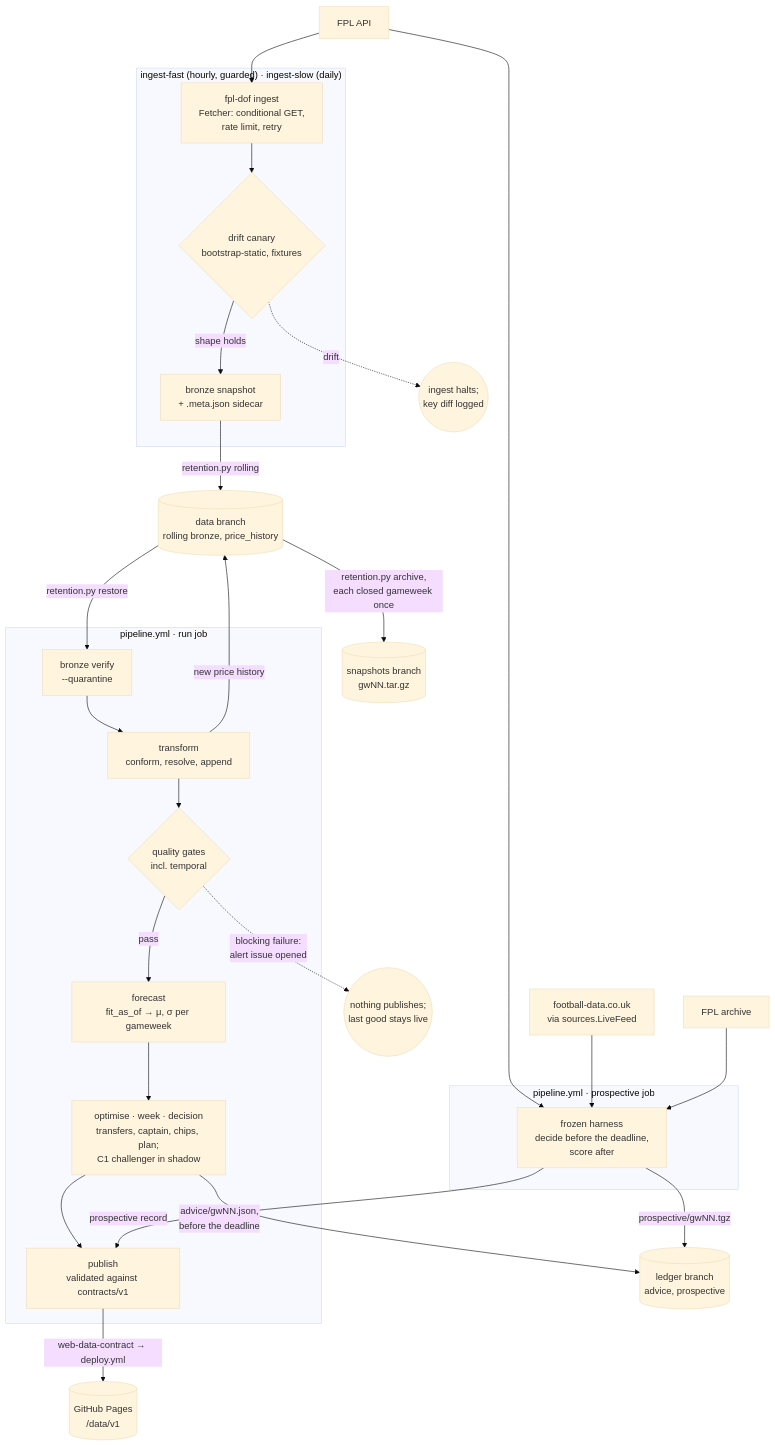
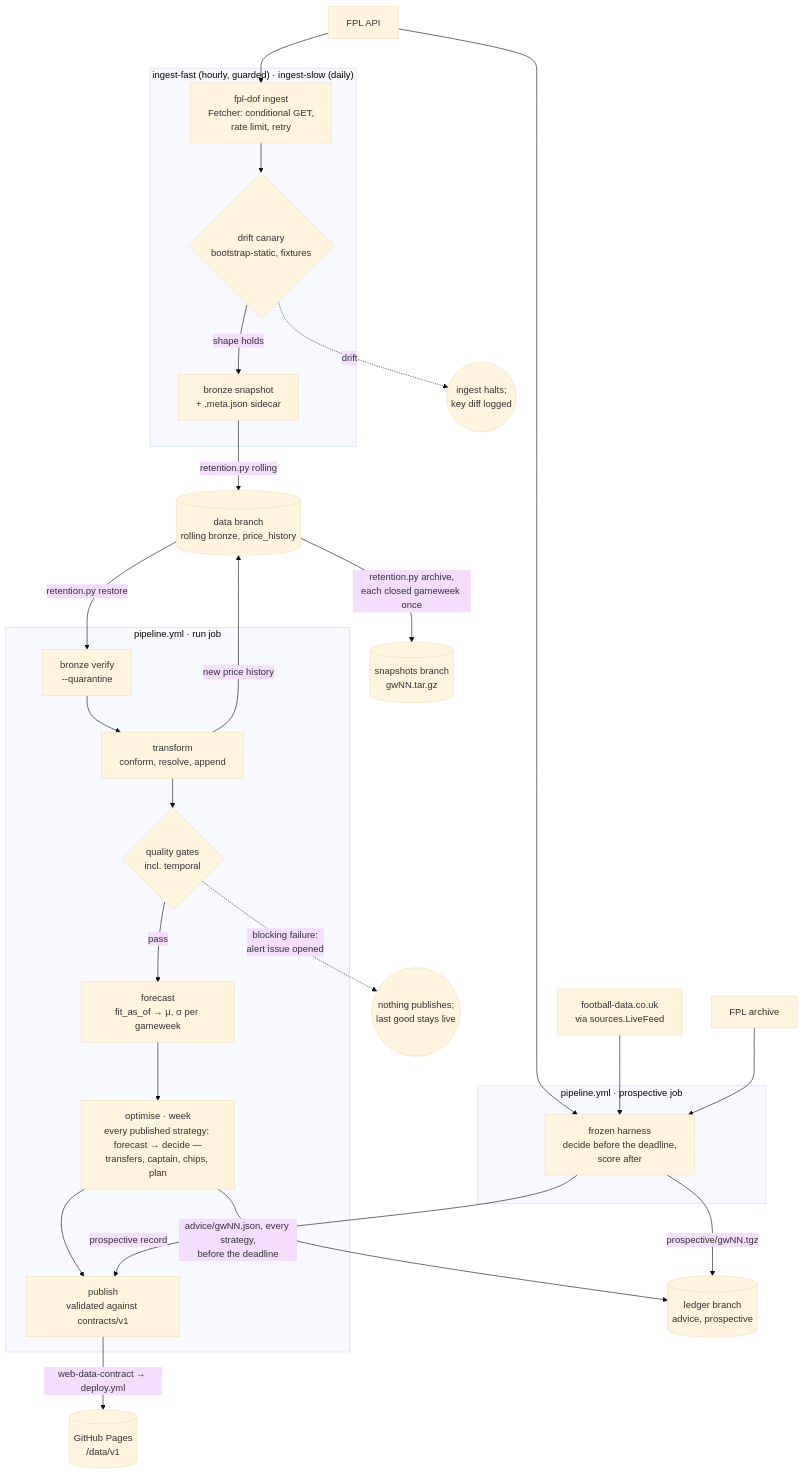
One commit to talonegg/fpl_dof2 changed the third of 5 diagrams in docs/planning/03-solution-architecture.md. Above: the diagram before and after it, drawn with Mermaid (base theme). The commit also changed other lines of this file and 37 other files, not shown here.

````diff
--- a/docs/planning/03-solution-architecture.md
+++ b/docs/planning/03-solution-architecture.md
@@ -225,47 +225,47 @@
 ```mermaid
 flowchart TB
     FPL["FPL API"]
     ODDS["football-data.co.uk<br/>via sources.LiveFeed"]
     ARC["FPL archive"]
 
     subgraph ingest["ingest-fast (hourly, guarded) · ingest-slow (daily)"]
         FET["fpl-dof ingest<br/>Fetcher: conditional GET,<br/>rate limit, retry"]
         CAN{"drift canary<br/>bootstrap-static, fixtures"}
         BRZ["bronze snapshot<br/>+ .meta.json sidecar"]
     end
 
     subgraph prosp["pipeline.yml · prospective job"]
         PRO["frozen harness<br/>decide before the deadline,<br/>score after"]
     end
 
     subgraph run["pipeline.yml · run job"]
         VER["bronze verify<br/>--quarantine"]
         TRF["transform<br/>conform, resolve, append"]
         QG{"quality gates<br/>incl. temporal"}
         FC["forecast<br/>fit_as_of → μ, σ per gameweek"]
-        DEC["optimise · week · decision<br/>transfers, captain, chips, plan;<br/>C1 challenger in shadow"]
+        DEC["optimise · week<br/>every published strategy: forecast → decide —<br/>transfers, captain, chips, plan"]
         PUB["publish<br/>validated against contracts/v1"]
     end
 
     DATA[("data branch<br/>rolling bronze, price_history")]
     SNAP[("snapshots branch<br/>gwNN.tar.gz")]
     LED[("ledger branch<br/>advice, prospective")]
     PAGES[("GitHub Pages<br/>/data/v1")]
     HALT(("ingest halts;<br/>key diff logged"))
     STOP(("nothing publishes;<br/>last good stays live"))
 
     FPL --> FET --> CAN
     CAN -->|"shape holds"| BRZ
     CAN -.->|"drift"| HALT
     BRZ -->|"retention.py rolling"| DATA
     DATA -->|"retention.py archive,<br/>each closed gameweek once"| SNAP
     FPL & ODDS & ARC --> PRO
     PRO -->|"prospective/gwNN.tgz"| LED
     DATA -->|"retention.py restore"| VER --> TRF --> QG
     QG -->|"pass"| FC --> DEC --> PUB
     QG -.->|"blocking failure:<br/>alert issue opened"| STOP
-    DEC -->|"advice/gwNN.json,<br/>before the deadline"| LED
+    DEC -->|"advice/gwNN.json, every strategy,<br/>before the deadline"| LED
     PRO -->|"prospective record"| PUB
     TRF -->|"new price history"| DATA
     PUB -->|"web-data-contract → deploy.yml"| PAGES
 ```
````
